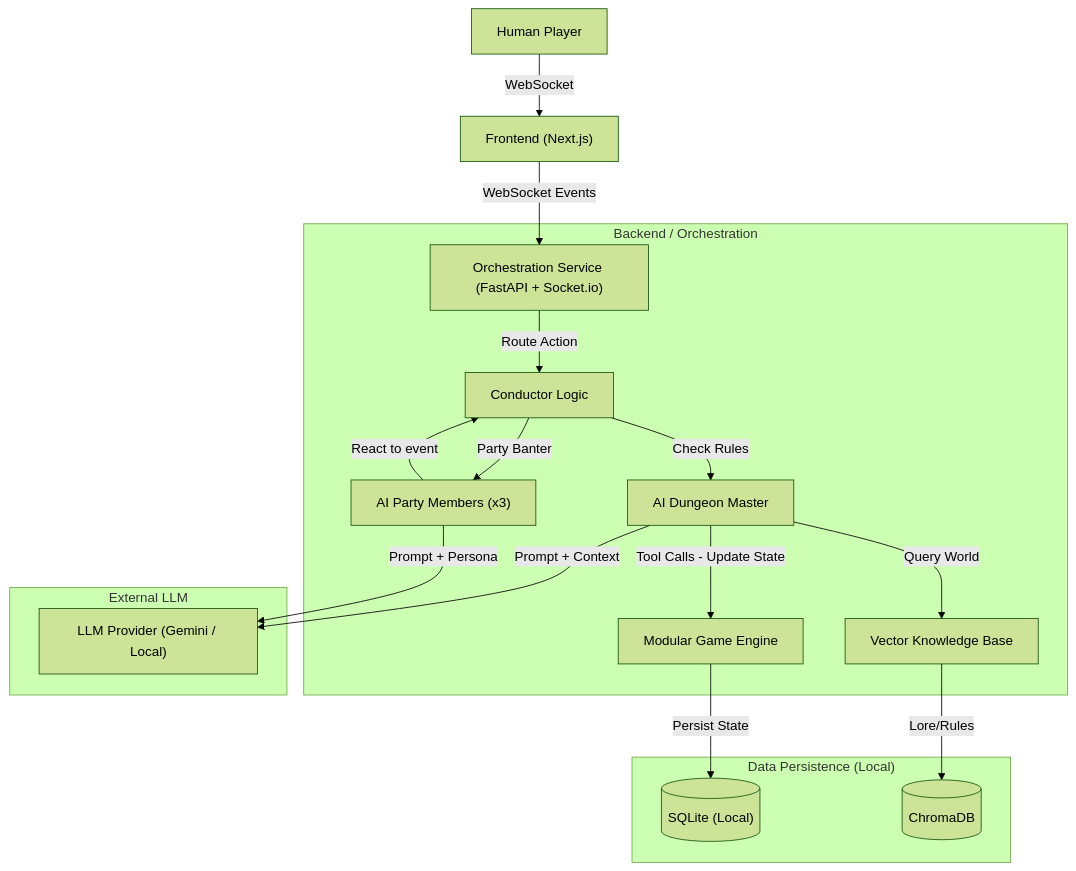
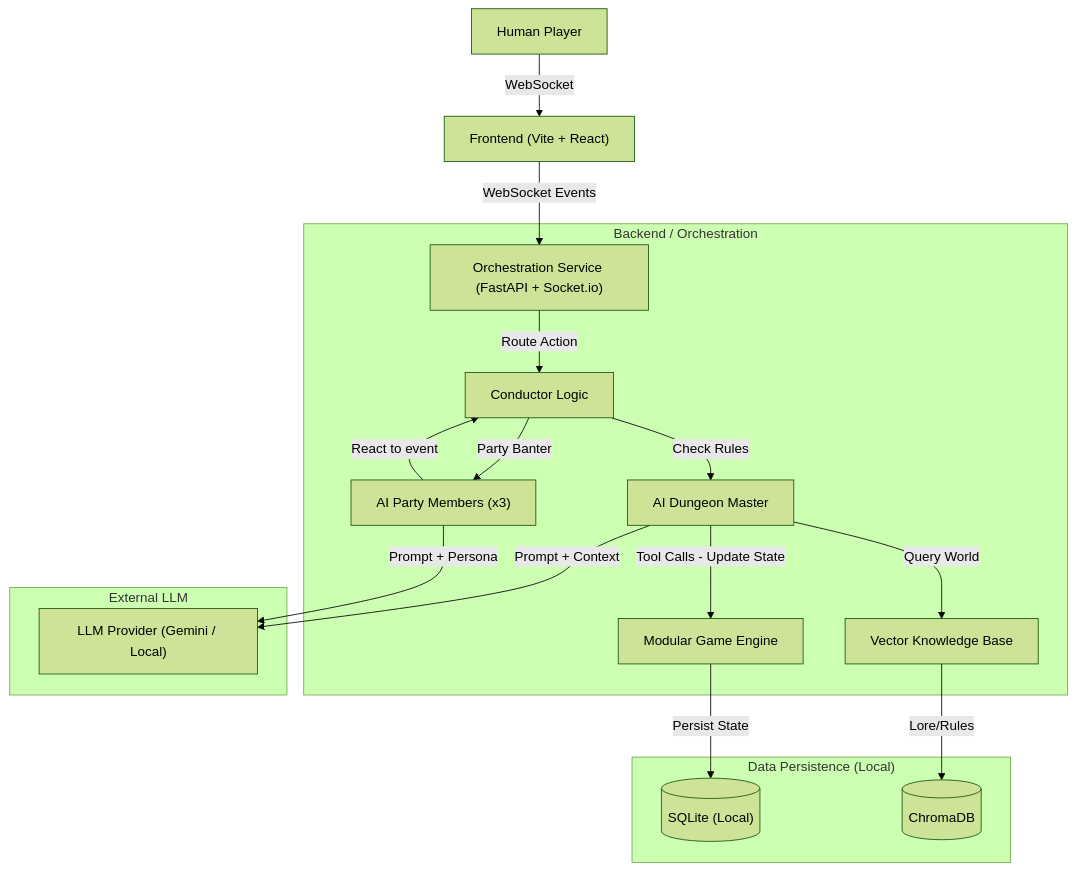
The diagram in design_docs/architecture.md (latentnyc/RoundTable_4_1), drawn with Mermaid (forest theme) before and after one commit. The commit also changed other lines of this file, not shown here.

Commit message:
Update architecture: Switch Frontend to Vite + React

````diff
--- a/design_docs/architecture.md
+++ b/design_docs/architecture.md
@@ -5,26 +5,26 @@
 ```mermaid
 graph TD
-    User["Human Player"] -->|WebSocket| FE["Frontend (Next.js)"]
+    User["Human Player"] -->|WebSocket| FE["Frontend (Vite + React)"]
     FE -->|WebSocket Events| WS["Orchestration Service (FastAPI + Socket.io)"]
     
     subgraph "Backend / Orchestration"
         WS -->|Route Action| Conductor["Conductor Logic"]
         Conductor -->|Check Rules| DM_Agent["AI Dungeon Master"]
         Conductor -->|Party Banter| Party_Agents["AI Party Members (x3)"]
         
         DM_Agent -->|Tool Calls - Update State| GameEngine["Modular Game Engine"]
         DM_Agent -->|Query World| VectorDB["Vector Knowledge Base"]
         
         Party_Agents -->|React to event| Conductor
     end
     
     subgraph "Data Persistence (Local)"
         GameEngine -->|Persist State| DB[("SQLite (Local)")]
         VectorDB -->|Lore/Rules| VectorStore[("ChromaDB")]
     end
     
     subgraph "External LLM"
         DM_Agent -->|Prompt + Context| LLM["LLM Provider (Gemini / Local)"]
         Party_Agents -->|Prompt + Persona| LLM
     end
 ```
````
